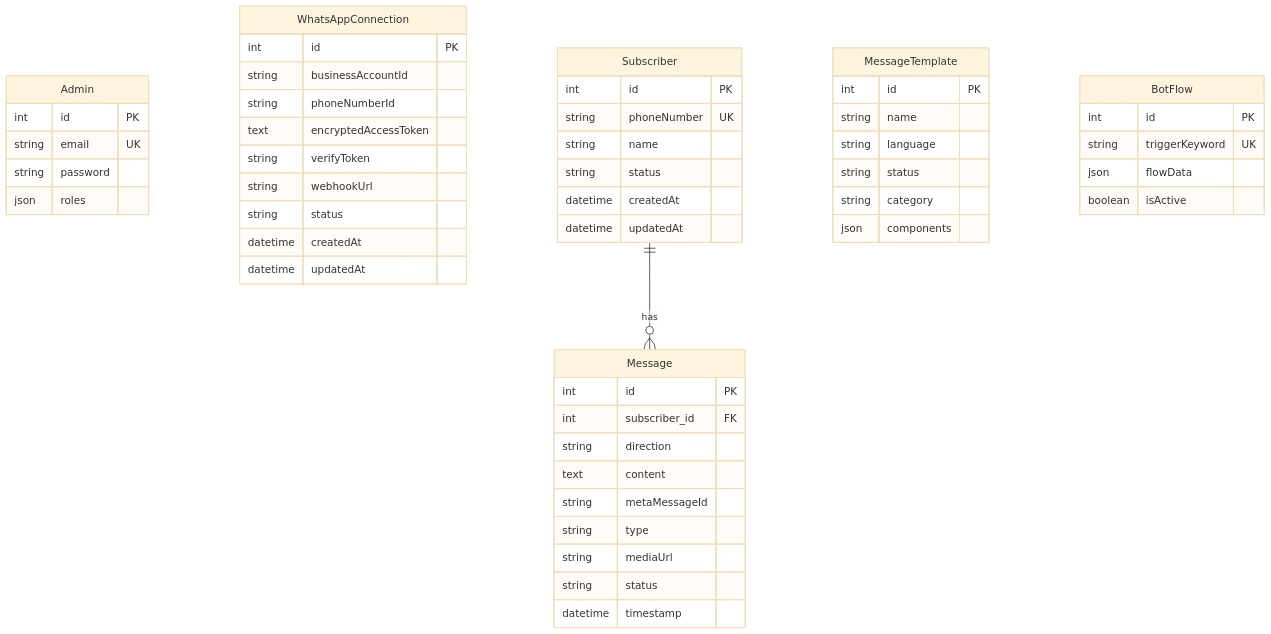
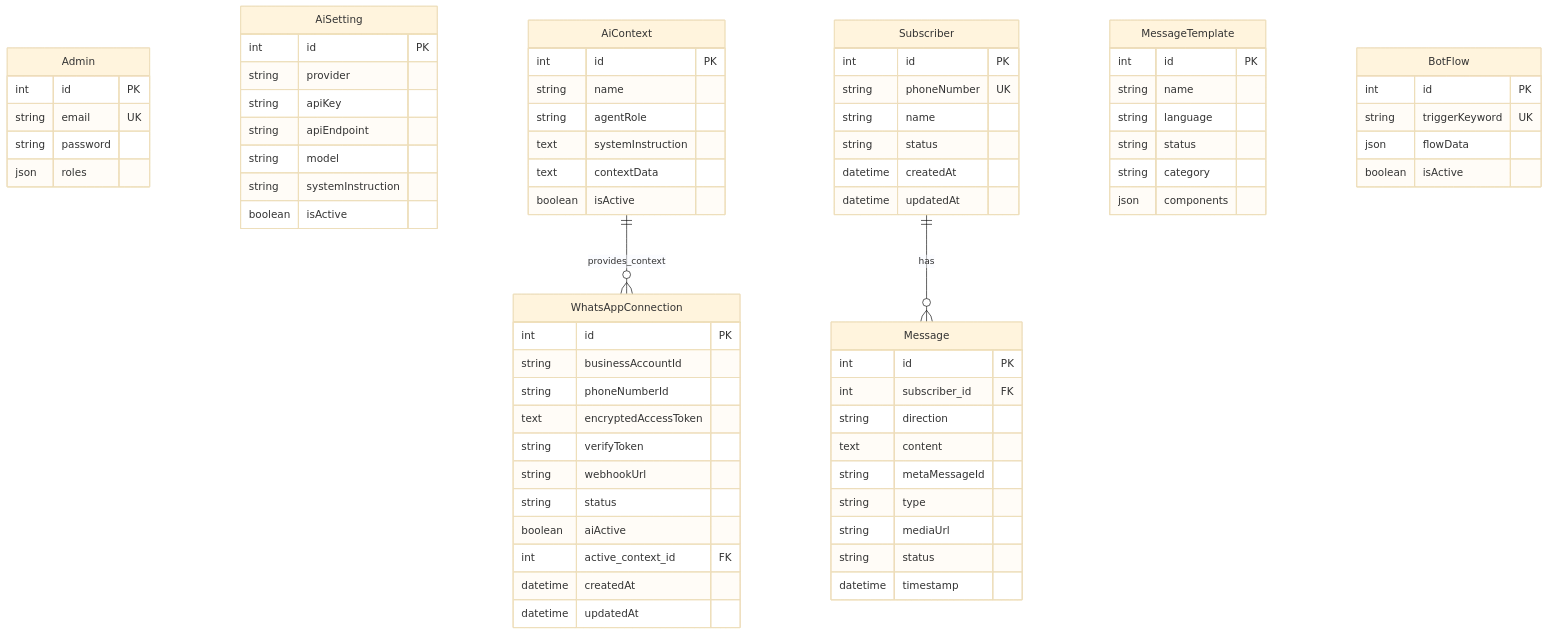
One commit to BloodCorrupt/OpenSquadron changed the first of 2 diagrams in context.md. Above: the diagram before and after it, drawn with Mermaid (base theme). The commit also changed other lines of this file and 6 other files, not shown here.

````diff
--- a/context.md
+++ b/context.md
@@ -71,60 +75,82 @@
 ```mermaid
 erDiagram
     Admin {
         int id PK
         string email UK
         string password
         json roles
     }
 
     WhatsAppConnection {
         int id PK
         string businessAccountId
         string phoneNumberId
         text encryptedAccessToken
         string verifyToken
         string webhookUrl
         string status
+        boolean aiActive
+        int active_context_id FK
         datetime createdAt
         datetime updatedAt
+    }
+
+    AiSetting {
+        int id PK
+        string provider
+        string apiKey
+        string apiEndpoint
+        string model
+        string systemInstruction
+        boolean isActive
+    }
+
+    AiContext {
+        int id PK
+        string name
+        string agentRole
+        text systemInstruction
+        text contextData
+        boolean isActive
     }
 
     Subscriber {
         int id PK
         string phoneNumber UK
         string name
         string status
         datetime createdAt
         datetime updatedAt
     }
 
     Message {
         int id PK
         int subscriber_id FK
         string direction
         text content
         string metaMessageId
         string type
         string mediaUrl
         string status
         datetime timestamp
     }
 
     MessageTemplate {
         int id PK
         string name
         string language
         string status
         string category
         json components
     }
 
     BotFlow {
         int id PK
         string triggerKeyword UK
         json flowData
         boolean isActive
     }
 
     Subscriber ||--o{ Message : has
+    AiContext ||--o{ WhatsAppConnection : provides_context
 ```
````
